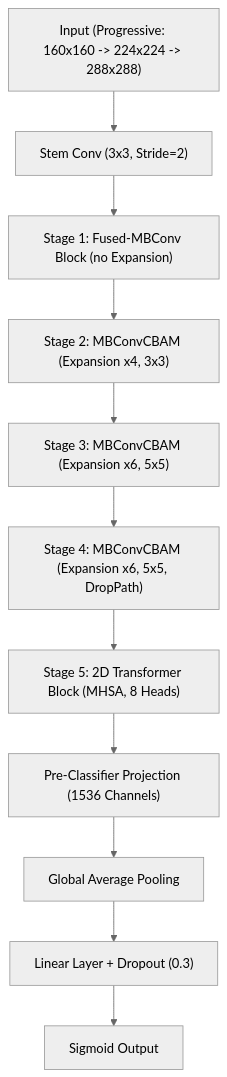
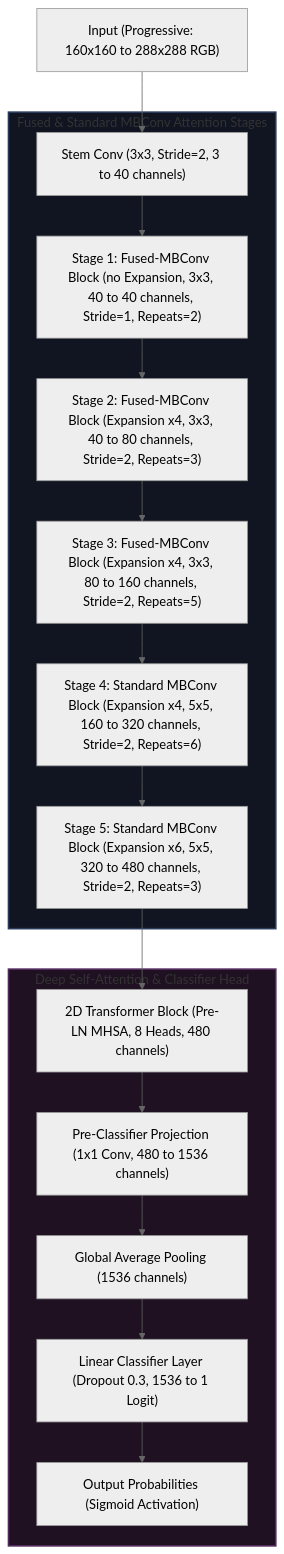
One commit to angelol/perceptronium changed the first of 2 diagrams in pytorch_cnn/README.md. Above: the diagram before and after it, drawn with Mermaid (neutral theme).

Commit message:
docs: update model architecture Mermaid diagram in pytorch_cnn readme to match v4 implementation exactly

````diff
--- a/pytorch_cnn/README.md
+++ b/pytorch_cnn/README.md
@@ -13,13 +13,23 @@
 ```mermaid
 graph TD
-    Input["Input (Progressive: 160x160 -> 224x224 -> 288x288)"] --> Stem["Stem Conv (3x3, Stride=2)"]
-    Stem --> Stage1["Stage 1: Fused-MBConv Block (no Expansion)"]
-    Stage1 --> Stage2["Stage 2: MBConvCBAM (Expansion x4, 3x3)"]
-    Stage2 --> Stage3["Stage 3: MBConvCBAM (Expansion x6, 5x5)"]
-    Stage3 --> Stage4["Stage 4: MBConvCBAM (Expansion x6, 5x5, DropPath)"]
-    Stage4 --> Stage5["Stage 5: 2D Transformer Block (MHSA, 8 Heads)"]
-    Stage5 --> Head["Pre-Classifier Projection (1536 Channels)"]
-    Head --> GAP["Global Average Pooling"]
-    GAP --> Classifier["Linear Layer + Dropout (0.3)"]
-    Classifier --> Output["Sigmoid Output"]
+    Input["Input (Progressive: 160x160 to 288x288 RGB)"] --> Stem["Stem Conv (3x3, Stride=2, 3 to 40 channels)"]
+    
+    subgraph CNN_Backbone ["Fused & Standard MBConv Attention Stages"]
+        Stem --> Stage1["Stage 1: Fused-MBConv Block (no Expansion, 3x3, 40 to 40 channels, Stride=1, Repeats=2)"]
+        Stage1 --> Stage2["Stage 2: Fused-MBConv Block (Expansion x4, 3x3, 40 to 80 channels, Stride=2, Repeats=3)"]
+        Stage2 --> Stage3["Stage 3: Fused-MBConv Block (Expansion x4, 3x3, 80 to 160 channels, Stride=2, Repeats=5)"]
+        Stage3 --> Stage4["Stage 4: Standard MBConv Block (Expansion x4, 5x5, 160 to 320 channels, Stride=2, Repeats=6)"]
+        Stage4 --> Stage5["Stage 5: Standard MBConv Block (Expansion x6, 5x5, 320 to 480 channels, Stride=2, Repeats=3)"]
+    end
+    
+    subgraph Attention_Classification ["Deep Self-Attention & Classifier Head"]
+        Stage5 --> Transformer["2D Transformer Block (Pre-LN MHSA, 8 Heads, 480 channels)"]
+        Transformer --> Projection["Pre-Classifier Projection (1x1 Conv, 480 to 1536 channels)"]
+        Projection --> GAP["Global Average Pooling (1536 channels)"]
+        GAP --> Classifier["Linear Classifier Layer (Dropout 0.3, 1536 to 1 Logit)"]
+        Classifier --> Output["Output Probabilities (Sigmoid Activation)"]
+    end
+
+    style CNN_Backbone fill:#111522,stroke:#2a3a5c,stroke-width:2px;
+    style Attention_Classification fill:#1f1122,stroke:#512a5c,stroke-width:2px;
 ```
````
